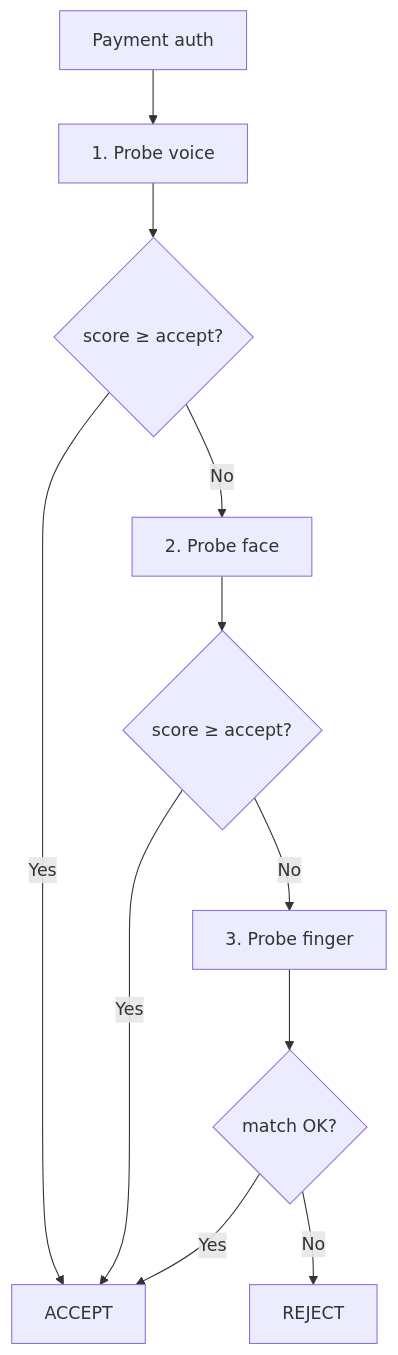
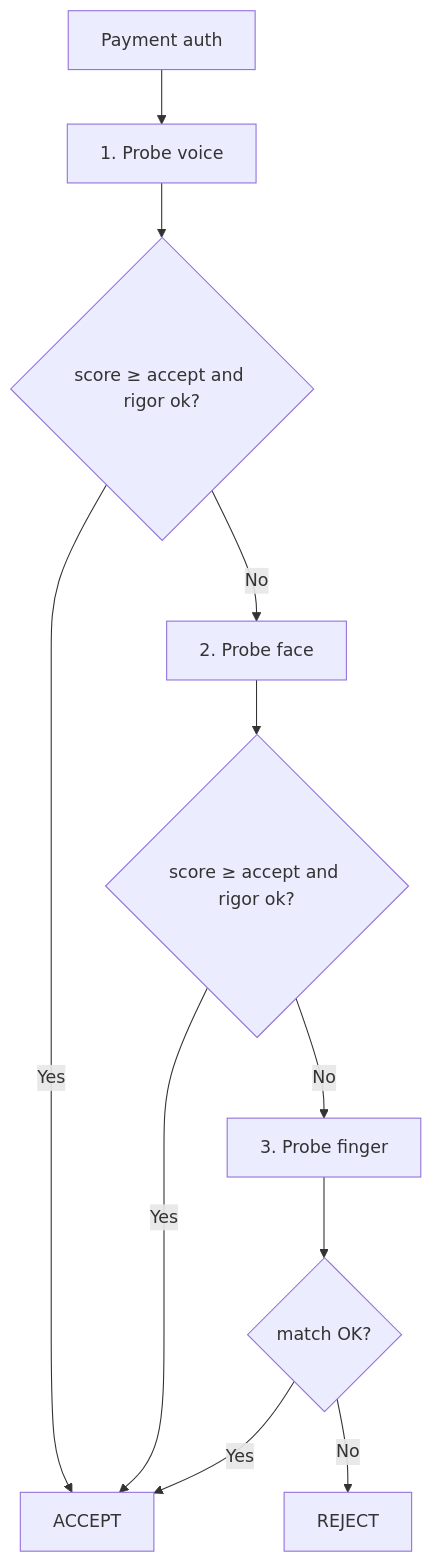
The sixth of 8 diagrams in README.md (couder-04/Drive_auth_edge), drawn with Mermaid before and after one commit. The commit also changed other lines of this file and 7 other files, not shown here.

Commit message:
Enforce ladder rigor so high-value and bootstrap cannot Accept on voice alone.

````diff
--- a/README.md
+++ b/README.md
@@ -231,13 +232,13 @@
 ```mermaid
 flowchart TD
   START[Payment auth] --> V2["1. Probe voice"]
-  V2 --> VOK{score ≥ accept?}
+  V2 --> VOK{score ≥ accept and rigor ok?}
   VOK -->|Yes| ACC[ACCEPT]
   VOK -->|No| F2["2. Probe face"]
-  F2 --> FOK{score ≥ accept?}
+  F2 --> FOK{score ≥ accept and rigor ok?}
   FOK -->|Yes| ACC
   FOK -->|No| G2["3. Probe finger"]
   G2 --> GOK{match OK?}
   GOK -->|Yes| ACC
   GOK -->|No| REJ[REJECT]
 ```
````
